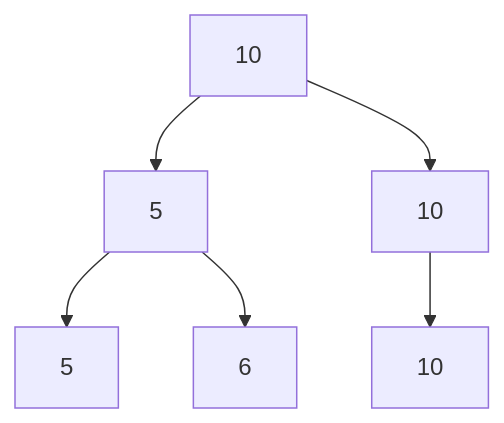
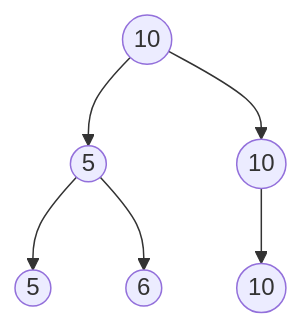
One commit to 3strategy/BeautifulMivney changed the tenth of 15 diagrams in cst/6binnode/Ex6a2binnode.md. Above: the diagram before and after it, drawn with Mermaid. The commit also changed other lines of this file and 3 other files, not shown here.

````diff
--- a/cst/6binnode/Ex6a2binnode.md
+++ b/cst/6binnode/Ex6a2binnode.md
@@ -182,8 +182,8 @@
     ```mermaid
     flowchart TB
-      A[10] --> B[5]
-      A --> C[10]
-      B --> D[5]:::leaf
-      B --> E[6]:::leaf
-      C --> F[10]:::leaf
+      A((10)) --> B((5))
+      A --> C((10))
+      B --> D((5)):::leaf
+      B --> E((6)):::leaf
+      C --> F((10)):::leaf
     ```
````
